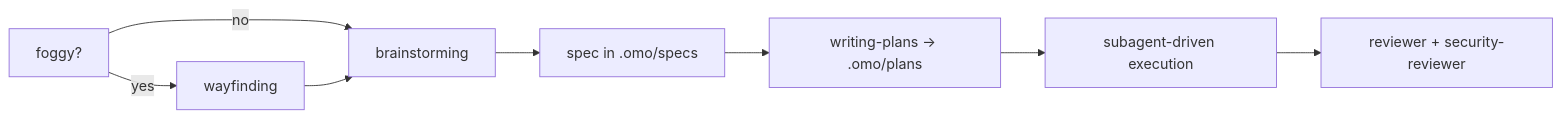
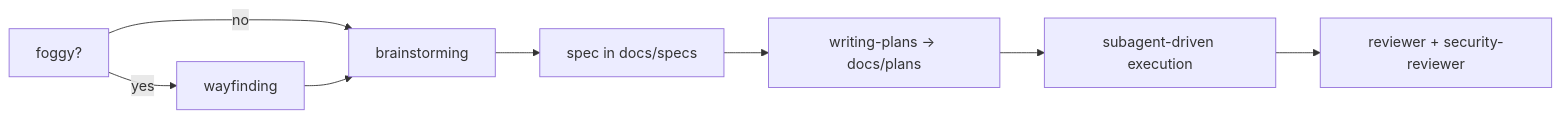
The diagram in README.md (ismaelga/omp-config), drawn with Mermaid before and after one commit. The commit also changed other lines of this file, not shown here.

````diff
--- a/README.md
+++ b/README.md
@@ -286,10 +157,10 @@
 ```mermaid
 graph LR
   A[foggy?] -->|yes| W[wayfinding]
   A -->|no| B[brainstorming]
   W --> B
-  B --> S[spec in .omo/specs]
-  S --> P[writing-plans -> .omo/plans]
+  B --> S[spec in docs/specs]
+  S --> P[writing-plans -> docs/plans]
   P --> X[subagent-driven execution]
   X --> R[reviewer + security-reviewer]
 ```
````
